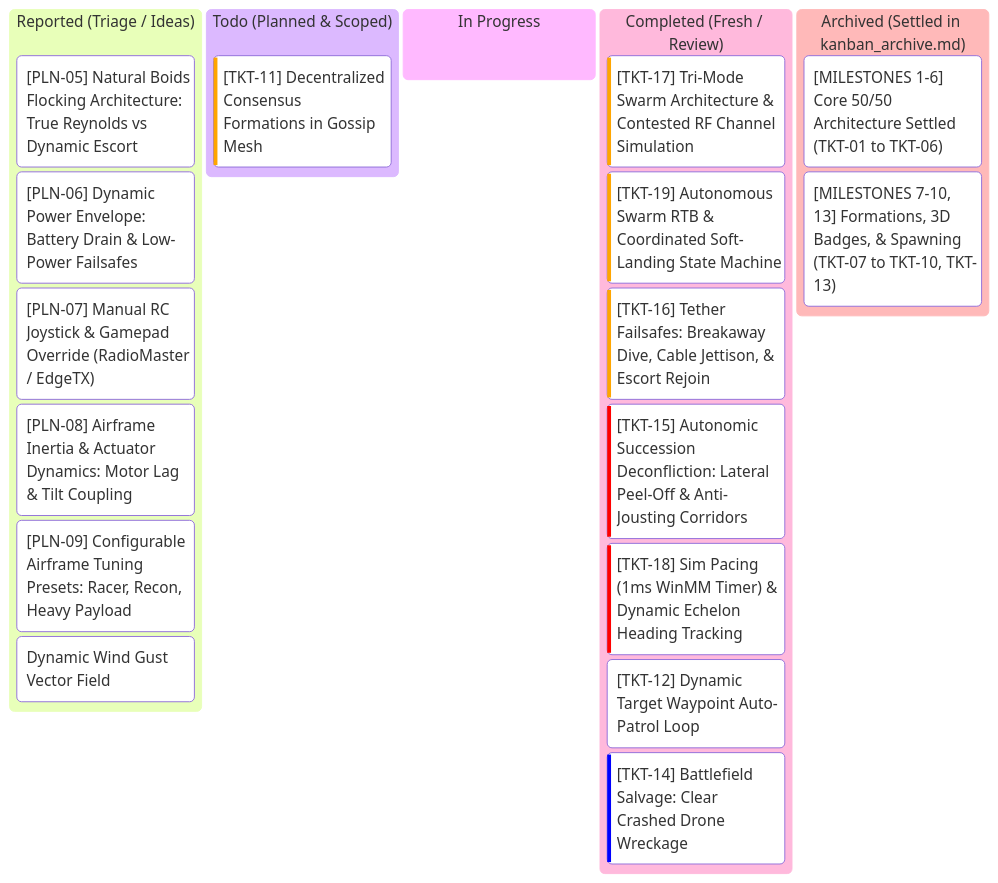
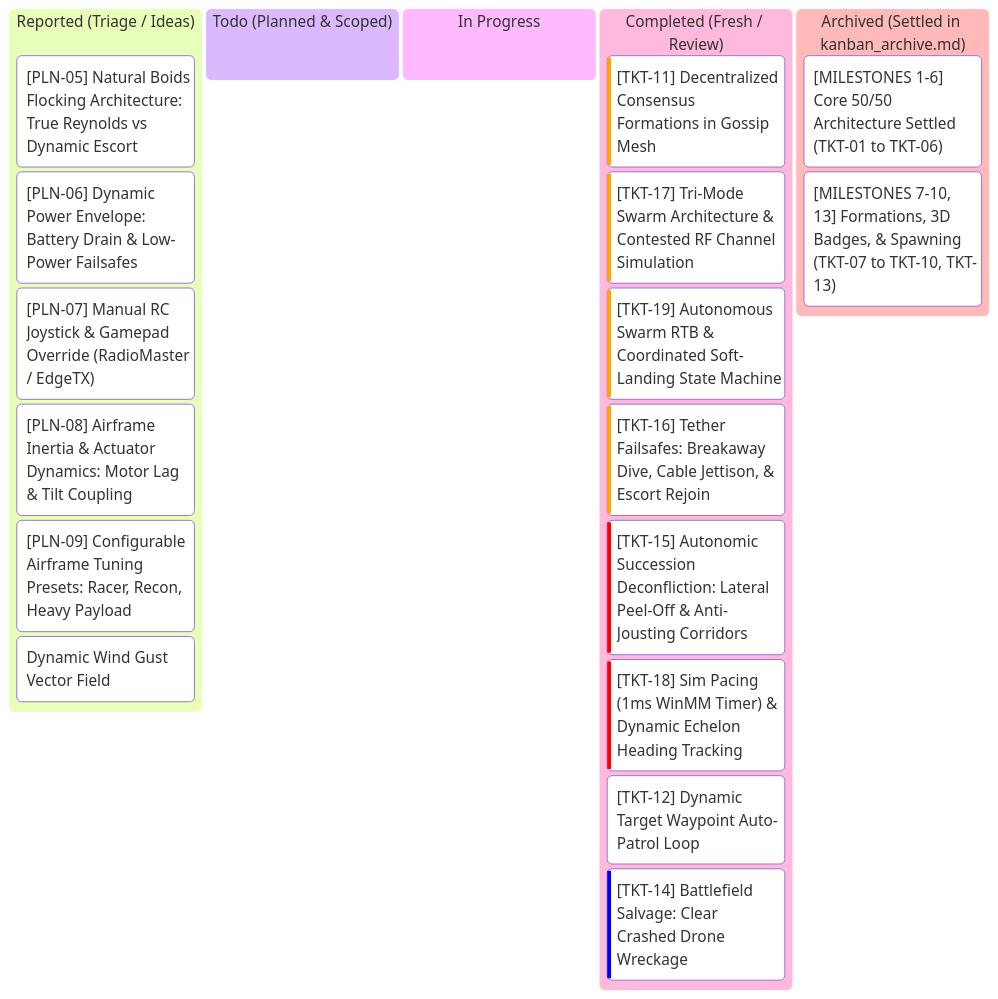
The diagram in kanban.md (AlitheiaDeus/SwarmTech_v3-Uprising), drawn with Mermaid before and after one commit. The commit also changed other lines of this file and 2 other files, not shown here.

Commit message:
feat(gossip): implement TKT-11 decentralized consensus formations and wing-preserving geometries

````diff
--- a/kanban.md
+++ b/kanban.md
@@ -7,24 +7,24 @@
 ```mermaid
 kanban
   reported["Reported (Triage / Ideas)"]
     pln5["[PLN-05] Natural Boids Flocking Architecture: True Reynolds vs Dynamic Escort"]
     pln6["[PLN-06] Dynamic Power Envelope: Battery Drain & Low-Power Failsafes"]
     pln7["[PLN-07] Manual RC Joystick & Gamepad Override (RadioMaster / EdgeTX)"]
     pln8["[PLN-08] Airframe Inertia & Actuator Dynamics: Motor Lag & Tilt Coupling"]
     pln9["[PLN-09] Configurable Airframe Tuning Presets: Racer, Recon, Heavy Payload"]
     idea1["Dynamic Wind Gust Vector Field"]
   todo["Todo (Planned & Scoped)"]
-    tkt11["[TKT-11] Decentralized Consensus Formations in Gossip Mesh"]@{ priority: 'High' }
   in_progress["In Progress"]
   completed["Completed (Fresh / Review)"]
+    tkt11["[TKT-11] Decentralized Consensus Formations in Gossip Mesh"]@{ priority: 'High' }
     tkt17["[TKT-17] Tri-Mode Swarm Architecture & Contested RF Channel Simulation"]@{ priority: 'High' }
     tkt19["[TKT-19] Autonomous Swarm RTB & Coordinated Soft-Landing State Machine"]@{ priority: 'High' }
     tkt16["[TKT-16] Tether Failsafes: Breakaway Dive, Cable Jettison, & Escort Rejoin"]@{ priority: 'High' }
     tkt15["[TKT-15] Autonomic Succession Deconfliction: Lateral Peel-Off & Anti-Jousting Corridors"]@{ priority: 'Very High' }
     tkt18["[TKT-18] Sim Pacing (1ms WinMM Timer) & Dynamic Echelon Heading Tracking"]@{ priority: 'Very High' }
     tkt12["[TKT-12] Dynamic Target Waypoint Auto-Patrol Loop"]@{ priority: 'Medium' }
     tkt14["[TKT-14] Battlefield Salvage: Clear Crashed Drone Wreckage"]@{ priority: 'Low' }
   archived["Archived (Settled in kanban_archive.md)"]
     arch_m1_6["[MILESTONES 1-6] Core 50/50 Architecture Settled (TKT-01 to TKT-06)"]
     arch_m7_10_13["[MILESTONES 7-10, 13] Formations, 3D Badges, & Spawning (TKT-07 to TKT-10, TKT-13)"]
 ```
````
